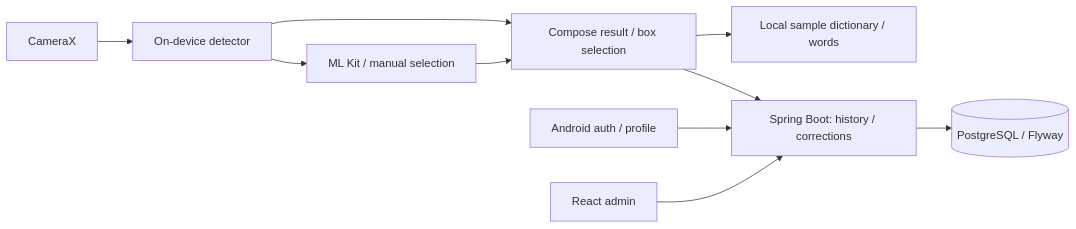
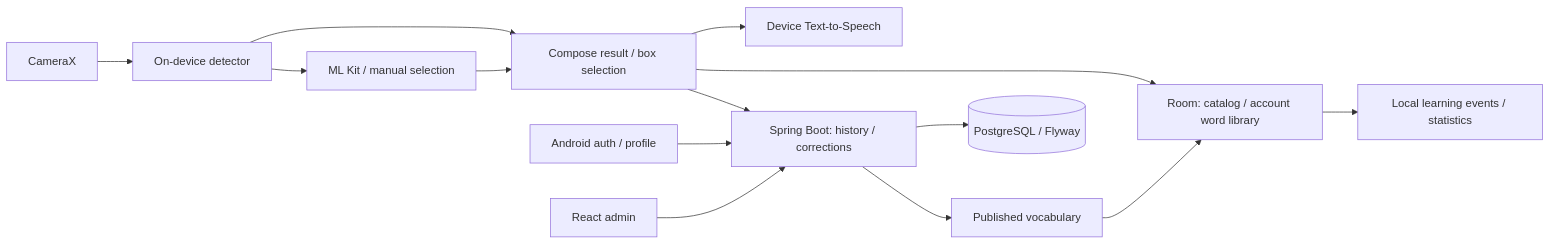
The diagram in README.md (TrinhQuocDat542005/LingoLens), drawn with Mermaid before and after one commit. The commit also changed other lines of this file and 33 other files, not shown here.

Commit message:
feat: persist account learning and connect published vocabulary

````diff
--- a/README.md
+++ b/README.md
@@ -23,12 +38,16 @@
 ```mermaid
 flowchart LR
     Camera[CameraX] --> Vision[On-device detector]
     Vision --> Result[Compose result / box selection]
     Vision --> Fallback[ML Kit / manual selection]
     Fallback --> Result
-    Result --> Sample[Local sample dictionary / words]
+    Result --> Cache[Room: catalog / account word library]
+    Result --> TTS[Device Text-to-Speech]
+    Cache --> Progress[Local learning events / statistics]
+    API --> Catalog[Published vocabulary]
+    Catalog --> Cache
     Result --> API[Spring Boot: history / corrections]
     Android[Android auth / profile] --> API
     Admin[React admin] --> API
     API --> DB[(PostgreSQL / Flyway)]
 ```
````
